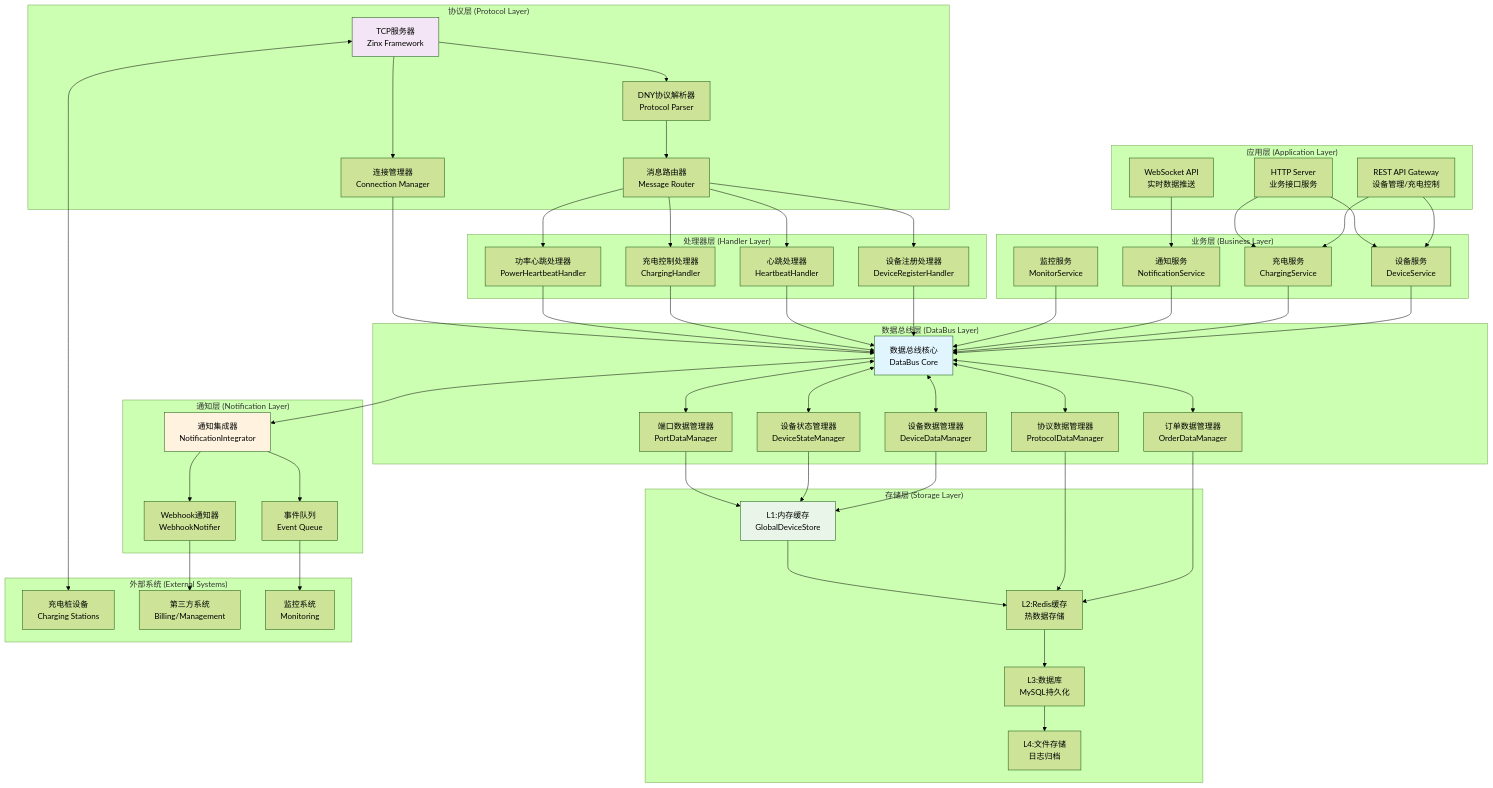
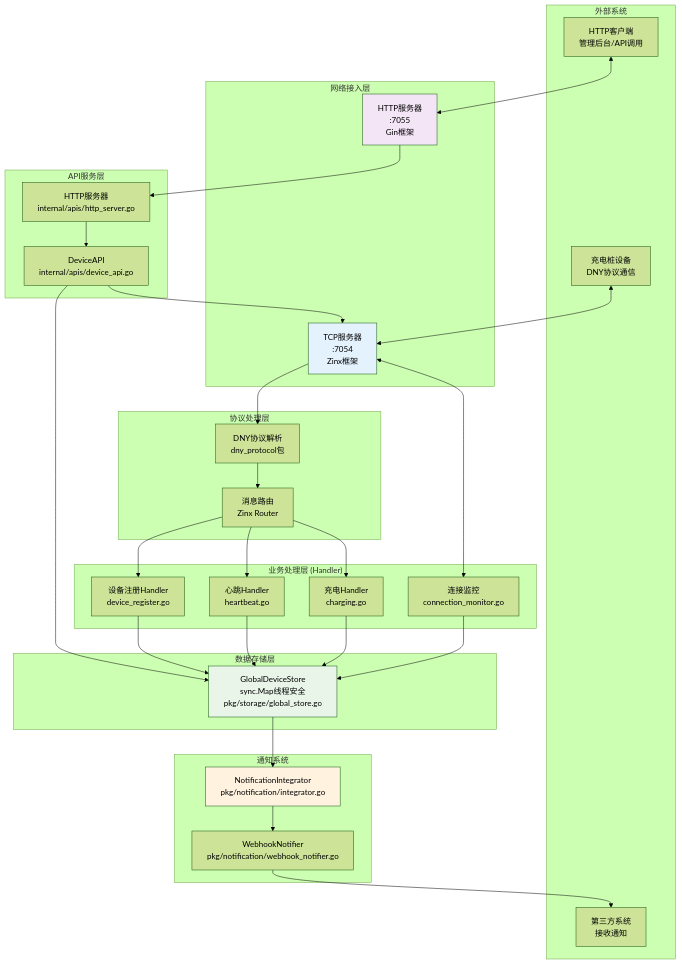
The first of 9 diagrams in docs/完整系统架构图.md (taoyao-code/iot-zinx), drawn with Mermaid (forest theme) before and after one commit. The commit also changed other lines of this file and 3 other files, not shown here.

````diff
--- a/docs/完整系统架构图.md
+++ b/docs/完整系统架构图.md
@@ -5,119 +12,72 @@
 ```mermaid
 graph TB
-    subgraph "应用层 (Application Layer)"
-        REST[REST API Gateway<br/>设备管理/充电控制]
-        HTTP[HTTP Server<br/>业务接口服务]
-        WS[WebSocket API<br/>实时数据推送]
+    subgraph "外部系统"
+        DEVICES[充电桩设备<br/>DNY协议通信]
+        CLIENTS[HTTP客户端<br/>管理后台/API调用]
+        WEBHOOK[第三方系统<br/>接收通知]
     end
 
-    subgraph "业务层 (Business Layer)"
-        DS[设备服务<br/>DeviceService]
-        CS[充电服务<br/>ChargingService]
-        NS[通知服务<br/>NotificationService]
-        MS[监控服务<br/>MonitorService]
+    subgraph "网络接入层"
+        TCP[TCP服务器<br/>:7054<br/>Zinx框架]
+        HTTP[HTTP服务器<br/>:7055<br/>Gin框架]
     end
 
-    subgraph "数据总线层 (DataBus Layer)"
-        DATABUS[数据总线核心<br/>DataBus Core]
-
-        DDM[设备数据管理器<br/>DeviceDataManager]
-        DSM[设备状态管理器<br/>DeviceStateManager]
-        PDM[端口数据管理器<br/>PortDataManager]
-        ODM[订单数据管理器<br/>OrderDataManager]
-        PRDM[协议数据管理器<br/>ProtocolDataManager]
+    subgraph "协议处理层"
+        DNY[DNY协议解析<br/>dny_protocol包]
+        ROUTER[消息路由<br/>Zinx Router]
     end
 
-    subgraph "协议层 (Protocol Layer)"
-        TCP[TCP服务器<br/>Zinx Framework]
-        DNY[DNY协议解析器<br/>Protocol Parser]
-        ROUTER[消息路由器<br/>Message Router]
-        CONN[连接管理器<br/>Connection Manager]
+    subgraph "业务处理层 (Handler)"
+        DR[设备注册Handler<br/>device_register.go]
+        HB[心跳Handler<br/>heartbeat.go]
+        CH[充电Handler<br/>charging.go]
+        CM[连接监控<br/>connection_monitor.go]
     end
 
-    subgraph "处理器层 (Handler Layer)"
-        DRH[设备注册处理器<br/>DeviceRegisterHandler]
-        HBH[心跳处理器<br/>HeartbeatHandler]
-        CCH[充电控制处理器<br/>ChargingHandler]
-        PWH[功率心跳处理器<br/>PowerHeartbeatHandler]
+    subgraph "数据存储层"
+        STORE[GlobalDeviceStore<br/>sync.Map线程安全<br/>pkg/storage/global_store.go]
     end
 
-    subgraph "存储层 (Storage Layer)"
-        L1[L1:内存缓存<br/>GlobalDeviceStore]
-        L2[L2:Redis缓存<br/>热数据存储]
-        L3[L3:数据库<br/>MySQL持久化]
-        L4[L4:文件存储<br/>日志归档]
+    subgraph "通知系统"
+        NI[NotificationIntegrator<br/>pkg/notification/integrator.go]
+        WH[WebhookNotifier<br/>pkg/notification/webhook_notifier.go]
     end
 
-    subgraph "通知层 (Notification Layer)"
-        NI[通知集成器<br/>NotificationIntegrator]
-        WH[Webhook通知器<br/>WebhookNotifier]
-        QUEUE[事件队列<br/>Event Queue]
+    subgraph "API服务层"
+        API[DeviceAPI<br/>internal/apis/device_api.go]
+        HTTPAPI[HTTP服务器<br/>internal/apis/http_server.go]
     end
 
-    subgraph "外部系统 (External Systems)"
-        DEVICES[充电桩设备<br/>Charging Stations]
-        THIRD[第三方系统<br/>Billing/Management]
-        MONITOR[监控系统<br/>Monitoring]
-    end
-
-    %% 应用层到业务层
-    REST --> DS
-    REST --> CS
-    HTTP --> DS
-    HTTP --> CS
-    WS --> NS
-
-    %% 业务层到数据总线层
-    DS --> DATABUS
-    CS --> DATABUS
-    NS --> DATABUS
-    MS --> DATABUS
-
-    %% 数据总线内部连接
-    DATABUS <--> DDM
-    DATABUS <--> DSM
-    DATABUS <--> PDM
-    DATABUS <--> ODM
-    DATABUS <--> PRDM
-
-    %% 协议层连接
-    TCP <--> DEVICES
+    %% 设备连接流程
+    DEVICES <--> TCP
     TCP --> DNY
     DNY --> ROUTER
-    ROUTER --> DRH
-    ROUTER --> HBH
-    ROUTER --> CCH
-    ROUTER --> PWH
+    ROUTER --> DR
+    ROUTER --> HB
+    ROUTER --> CH
+    TCP <--> CM
 
-    %% 处理器到数据总线
-    DRH --> DATABUS
-    HBH --> DATABUS
-    CCH --> DATABUS
-    PWH --> DATABUS
+    %% Handler 数据处理
+    DR --> STORE
+    HB --> STORE
+    CH --> STORE
+    CM --> STORE
 
-    %% 数据总线到存储层
-    DDM --> L1
-    DSM --> L1
-    PDM --> L1
-    ODM --> L2
-    PRDM --> L2
-    L1 --> L2
-    L2 --> L3
-    L3 --> L4
+    %% HTTP API 流程
+    CLIENTS <--> HTTP
+    HTTP --> HTTPAPI
+    HTTPAPI --> API
+    API --> STORE
+    API --> TCP
 
-    %% 通知系统连接
-    DATABUS --> NI
+    %% 通知流程
+    STORE --> NI
     NI --> WH
-    NI --> QUEUE
-    WH --> THIRD
-    QUEUE --> MONITOR
+    WH --> WEBHOOK
 
-    %% 连接管理
-    TCP --> CONN
-    CONN --> DATABUS
-
-    style DATABUS fill:#e1f5fe
-    style TCP fill:#f3e5f5
-    style L1 fill:#e8f5e8
+    %% 样式
+    style TCP fill:#e3f2fd
+    style HTTP fill:#f3e5f5
+    style STORE fill:#e8f5e8
     style NI fill:#fff3e0
 ```
````
